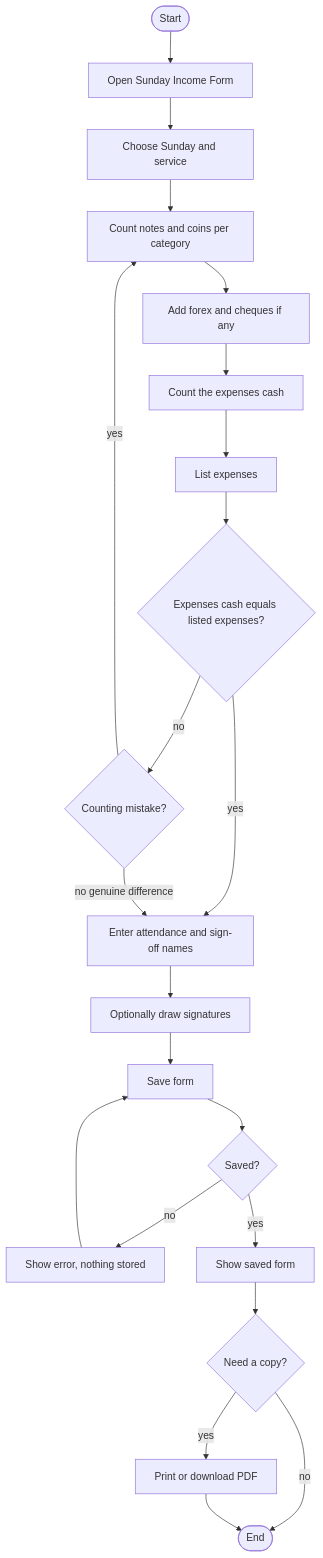
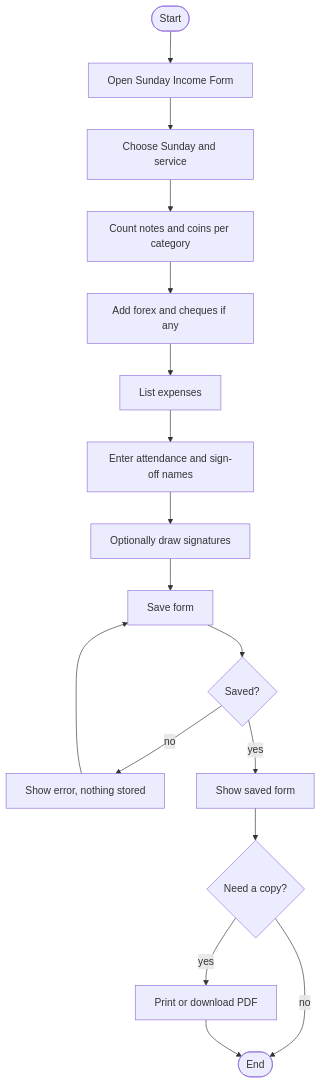
Before and after one commit to kasondebbuku-spec/Lukulu-Bread-of-Life-Church: the sixth of 7 diagrams in docs/UML.md, drawn with Mermaid. The commit also changed other lines of this file and 19 other files, not shown here.

First line of the commit message:
Remove the expenses cash count; expenses are just listed

````diff
--- a/docs/UML.md
+++ b/docs/UML.md
@@ -363,23 +346,18 @@
 ```mermaid
 flowchart TD
     start([Start]) --> open[Open Sunday Income Form]
     open --> pick[Choose Sunday and service]
     pick --> count[Count notes and coins per category]
     count --> extra[Add forex and cheques if any]
-    extra --> bank[Count the expenses cash]
-    bank --> exp[List expenses]
-    exp --> check{Expenses cash equals listed expenses?}
-    check -- yes --> att[Enter attendance and sign-off names]
-    check -- no --> fix{Counting mistake?}
-    fix -- yes --> count
-    fix -- no genuine difference --> att
+    extra --> exp[List expenses]
+    exp --> att[Enter attendance and sign-off names]
     att --> sign[Optionally draw signatures]
     sign --> save[Save form]
     save --> ok{Saved?}
     ok -- no --> err[Show error, nothing stored] --> save
     ok -- yes --> detail[Show saved form]
     detail --> out{Need a copy?}
     out -- yes --> pdf[Print or download PDF]
     out -- no --> done([End])
     pdf --> done
 ```
````
